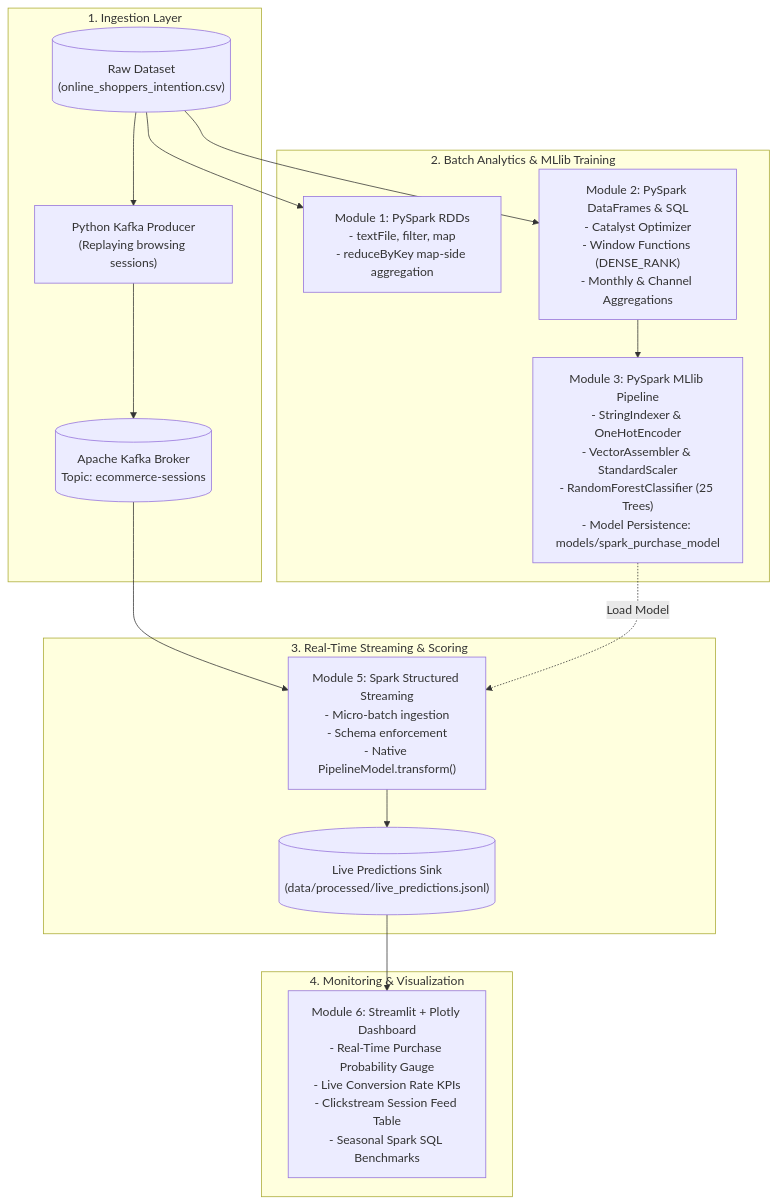
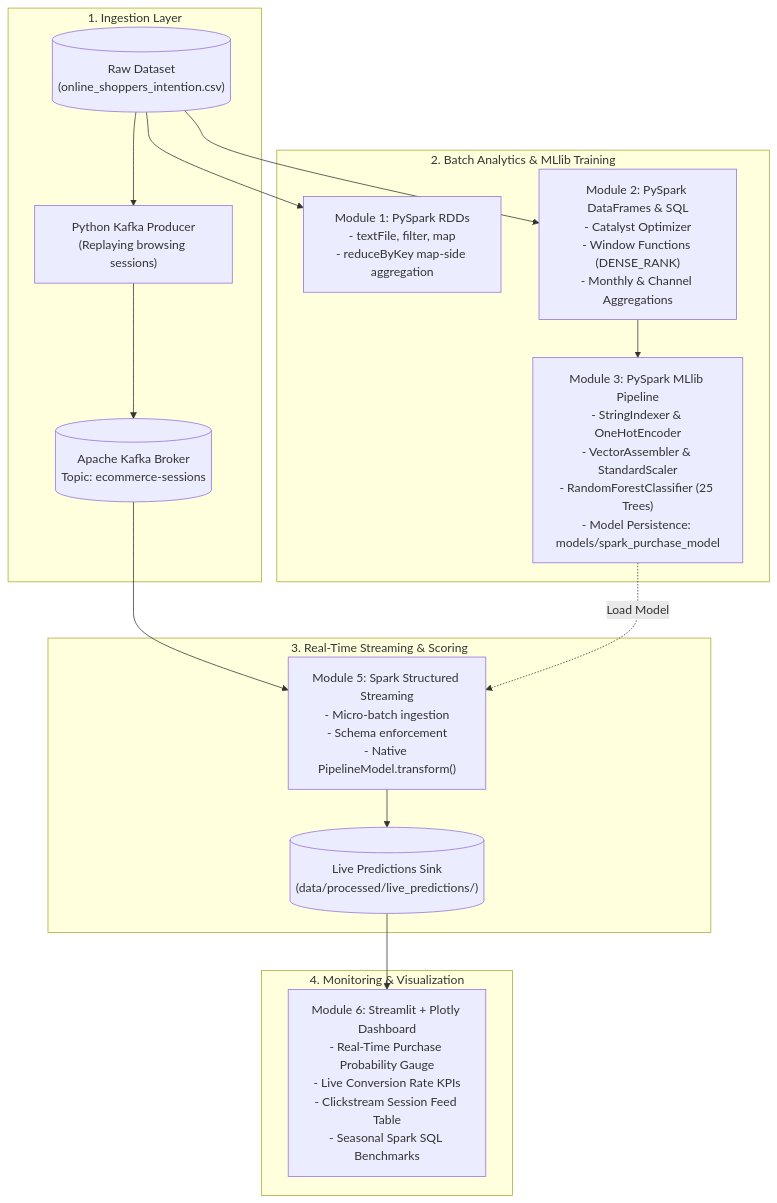
One commit to vivekkrs/Real-Time-E-Commerce-Analytics-Customer-Purchase-Prediction-Platform changed the diagram in docs/project_report.md. Above: the diagram before and after it, drawn with Mermaid. The commit also changed other lines of this file and 13 other files, not shown here.

````diff
--- a/docs/project_report.md
+++ b/docs/project_report.md
@@ -16,26 +16,26 @@
 ```mermaid
 flowchart TD
     subgraph Ingestion_Layer ["1. Ingestion Layer"]
         CSV[("Raw Dataset\n(online_shoppers_intention.csv)")]
         Producer["Python Kafka Producer\n(Replaying browsing sessions)"]
         Kafka[("Apache Kafka Broker\nTopic: ecommerce-sessions")]
         CSV --> Producer
         Producer --> Kafka
     end
 
     subgraph Batch_Layer ["2. Batch Analytics & MLlib Training"]
         CSV --> RDD["Module 1: PySpark RDDs\n- textFile, filter, map\n- reduceByKey map-side aggregation"]
         CSV --> DF["Module 2: PySpark DataFrames & SQL\n- Catalyst Optimizer\n- Window Functions (DENSE_RANK)\n- Monthly & Channel Aggregations"]
         DF --> MLlib["Module 3: PySpark MLlib Pipeline\n- StringIndexer & OneHotEncoder\n- VectorAssembler & StandardScaler\n- RandomForestClassifier (25 Trees)\n- Model Persistence: models/spark_purchase_model"]
     end
 
     subgraph Streaming_Layer ["3. Real-Time Streaming & Scoring"]
         Kafka --> SparkStream["Module 5: Spark Structured Streaming\n- Micro-batch ingestion\n- Schema enforcement\n- Native PipelineModel.transform()"]
         MLlib -.->|Load Model| SparkStream
-        SparkStream --> ScoredSink[("Live Predictions Sink\n(data/processed/live_predictions.jsonl)")]
+        SparkStream --> ScoredSink[("Live Predictions Sink\n(data/processed/live_predictions/)")]
     end
 
     subgraph Presentation_Layer ["4. Monitoring & Visualization"]
         ScoredSink --> Dashboard["Module 6: Streamlit + Plotly Dashboard\n- Real-Time Purchase Probability Gauge\n- Live Conversion Rate KPIs\n- Clickstream Session Feed Table\n- Seasonal Spark SQL Benchmarks"]
     end
 ```
````
